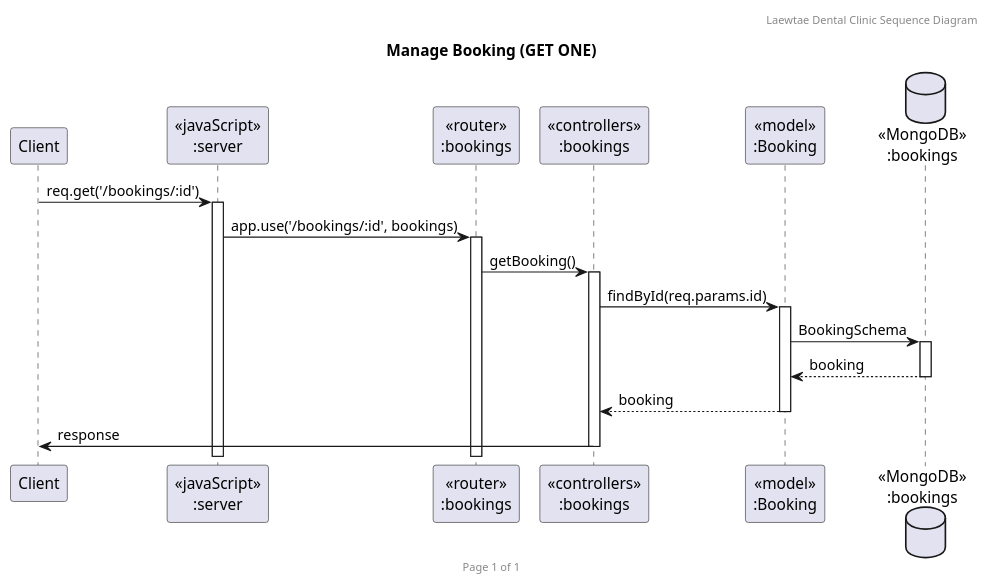
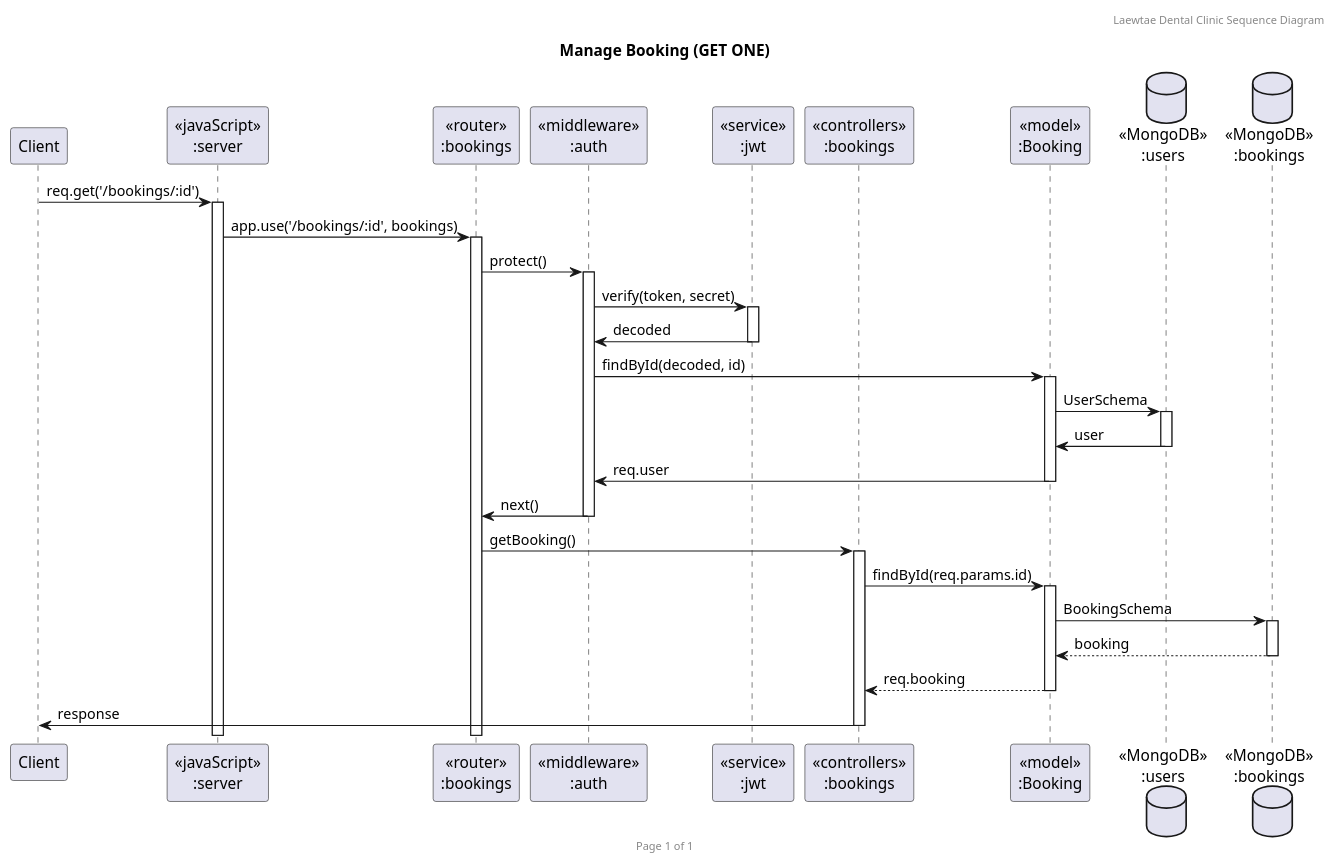
The diagram in UML/SequenceDiagram/Booking/BookingSequenceGetOne.puml (nattapong232/DentistBooking), drawn with PlantUML before and after one commit. The commit also changed 21 other files, not shown here.

```diff
--- a/UML/SequenceDiagram/Booking/BookingSequenceGetOne.puml
+++ b/UML/SequenceDiagram/Booking/BookingSequenceGetOne.puml
@@ -1,23 +1,34 @@
 @startuml Manage Booking (GET ONE)
 
 header Laewtae Dental Clinic Sequence Diagram
 footer Page %page% of %lastpage%
 title "Manage Booking (GET ONE)"
 
 participant "Client" as client
 participant "<<javaScript>>\n:server" as server
 participant "<<router>>\n:bookings" as routerBookings
+participant "<<middleware>>\n:auth" as auth
+participant "<<service>>\n:jwt" as jwt
 participant "<<controllers>>\n:bookings" as controllersBookings
 participant "<<model>>\n:Booking" as modelBooking
+database "<<MongoDB>>\n:users" as UsersDatabase
 database "<<MongoDB>>\n:bookings" as BookingsDatabase
 
 client->server ++:req.get('/bookings/:id')
 server->routerBookings ++:app.use('/bookings/:id', bookings)
+routerBookings -> auth ++:protect()
+auth -> jwt ++:verify(token, secret)
+auth <- jwt --:decoded
+auth -> modelBooking ++:findById(decoded, id)
+modelBooking -> UsersDatabase ++:UserSchema
+modelBooking <- UsersDatabase --:user
+auth <- modelBooking --:req.user
+routerBookings <- auth --:next()
 routerBookings -> controllersBookings ++:getBooking()
 controllersBookings->modelBooking ++:findById(req.params.id)
 modelBooking ->BookingsDatabase ++: BookingSchema
 BookingsDatabase --> modelBooking --: booking
-controllersBookings <-- modelBooking --:booking
+controllersBookings <-- modelBooking --:req.booking
 controllersBookings->client --:response
 
 @enduml
```
